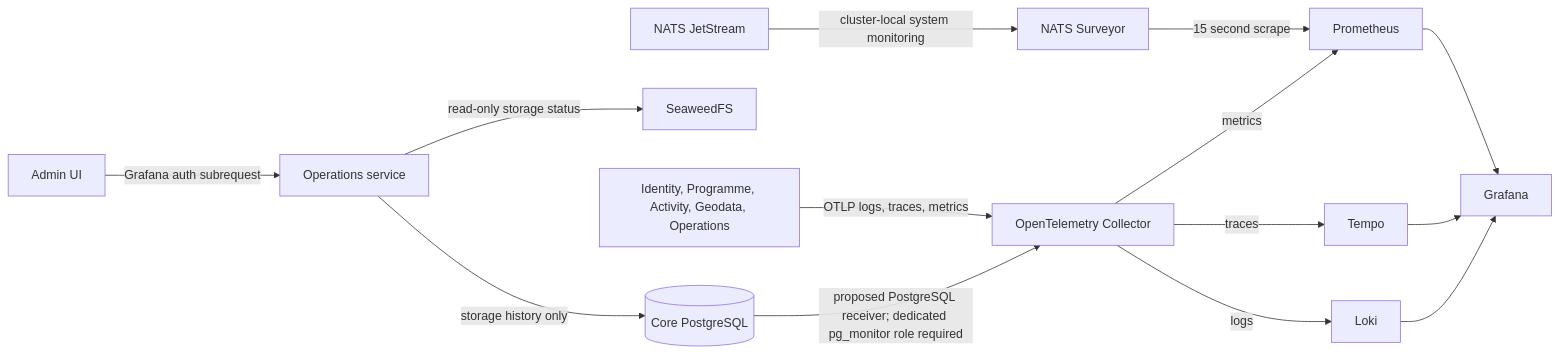
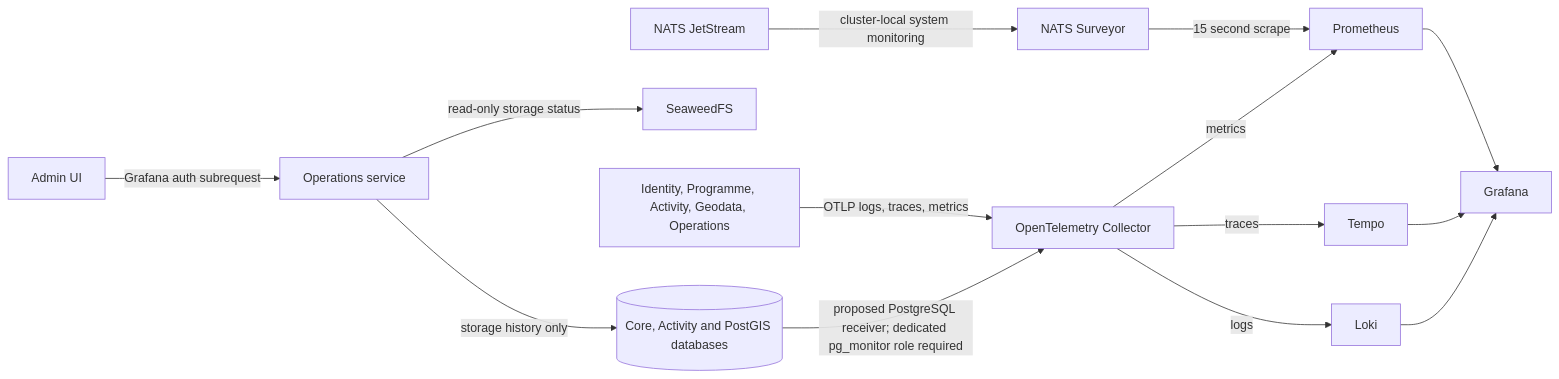
Before and after one commit to myota-platform/myota-docs: the diagram in docs/architecture/diagrams/observability-architecture.md, drawn with Mermaid.

Commit message:
docs(observability): record remaining rollout blockers

````diff
--- a/docs/architecture/diagrams/observability-architecture.md
+++ b/docs/architecture/diagrams/observability-architecture.md
@@ -3,28 +3,28 @@
 ```mermaid
 flowchart LR
   UI[Admin UI]
   Ops[Operations service]
-  DB[(Core PostgreSQL)]
+  DB[(Core, Activity and PostGIS databases)]
   SW[SeaweedFS]
   NATS[NATS JetStream]
   Surveyor[NATS Surveyor]
   Prom[Prometheus]
   Tempo[Tempo]
   Loki[Loki]
   Collector[OpenTelemetry Collector]
   Services[Identity, Programme, Activity, Geodata, Operations]
   Grafana[Grafana]
   UI -->|Grafana auth subrequest| Ops
   Ops -->|read-only storage status| SW
   Ops -->|storage history only| DB
   NATS -->|cluster-local system monitoring| Surveyor
   Surveyor -->|15 second scrape| Prom
   Services -->|OTLP logs, traces, metrics| Collector
   Collector -->|metrics| Prom
   Collector -->|traces| Tempo
   Collector -->|logs| Loki
   Prom --> Grafana
   Tempo --> Grafana
   Loki --> Grafana
   DB -->|proposed PostgreSQL receiver; dedicated pg_monitor role required| Collector
 ```
````
